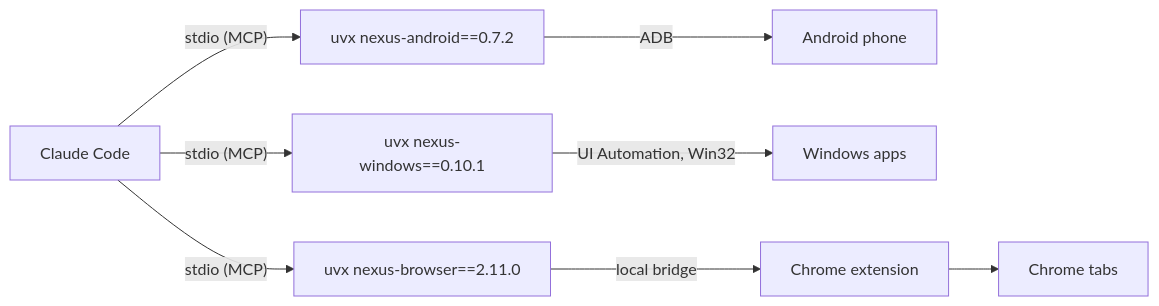
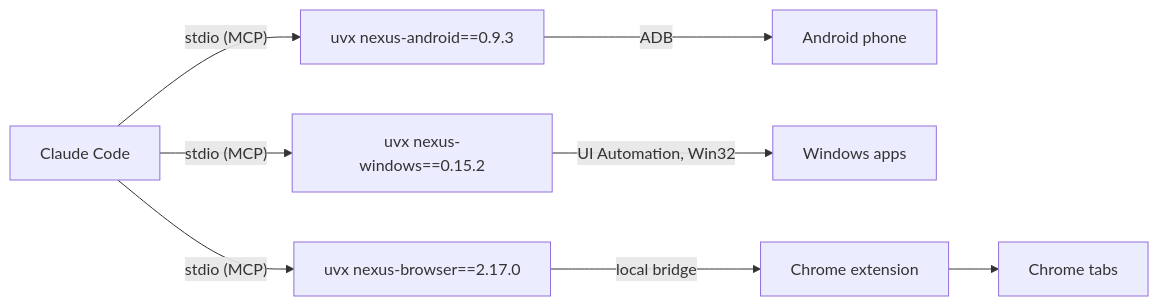
Before and after one commit to pironjulien/NexusSystem: the diagram in README.md, drawn with Mermaid. The commit also changed 21 other files, not shown here.

Commit message:
Update to 1.3.0: nexus-android 0.9.3, nexus-windows 0.15.2, nexus-browser 2.17.0, skills updated

````diff
--- a/README.md
+++ b/README.md
@@ -49,6 +49,6 @@
 ```mermaid
 flowchart LR
-    C["Claude Code"] -- "stdio (MCP)" --> A["uvx nexus-android==0.7.2"] -- ADB --> P["Android phone"]
-    C -- "stdio (MCP)" --> W["uvx nexus-windows==0.10.1"] -- "UI Automation, Win32" --> D["Windows apps"]
-    C -- "stdio (MCP)" --> B["uvx nexus-browser==2.11.0"] -- "local bridge" --> E["Chrome extension"] --> T["Chrome tabs"]
+    C["Claude Code"] -- "stdio (MCP)" --> A["uvx nexus-android==0.9.3"] -- ADB --> P["Android phone"]
+    C -- "stdio (MCP)" --> W["uvx nexus-windows==0.15.2"] -- "UI Automation, Win32" --> D["Windows apps"]
+    C -- "stdio (MCP)" --> B["uvx nexus-browser==2.17.0"] -- "local bridge" --> E["Chrome extension"] --> T["Chrome tabs"]
 ```
````
